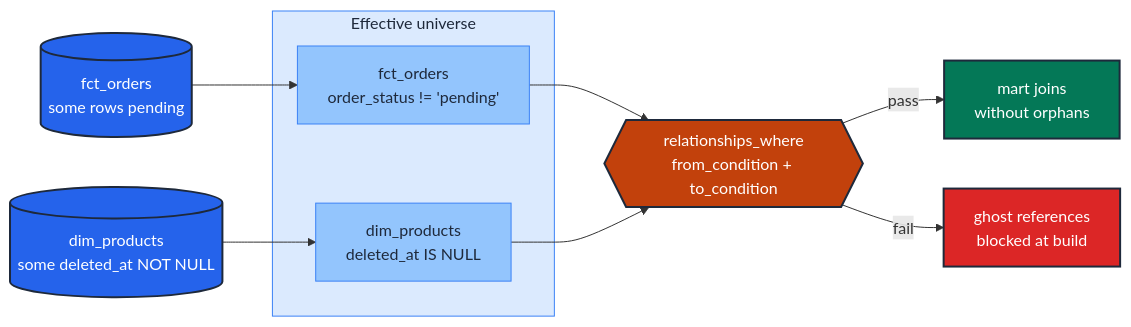
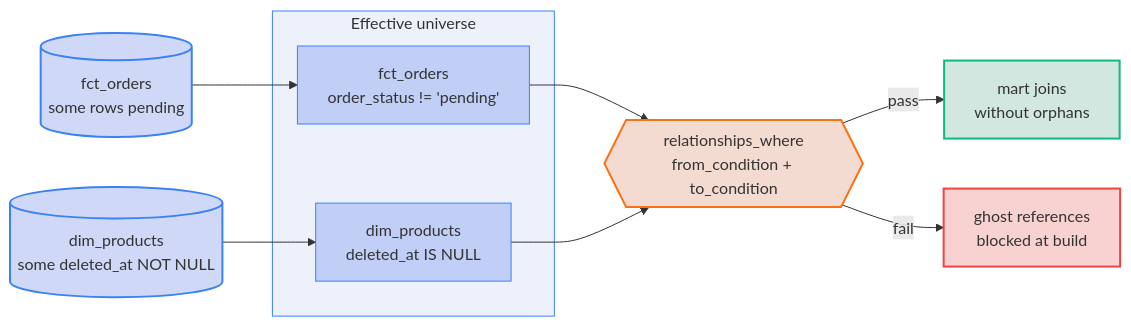
The diagram in docs/guides/testing_taxonomy/entity/EN-04-soft-delete-scoped-fk.md (neozenith/dbt-gcp-jaffleshop), drawn with Mermaid before and after one commit. The commit also changed 36 other files, not shown here.

First line of the commit message:
docs(taxonomy): rework guide entry-point + WCAG-AAA dual-theme mermaid palette (#19)

````diff
--- a/docs/guides/testing_taxonomy/entity/EN-04-soft-delete-scoped-fk.md
+++ b/docs/guides/testing_taxonomy/entity/EN-04-soft-delete-scoped-fk.md
@@ -66,27 +66,27 @@
 ```mermaid
 flowchart LR
     childSrc[("fct_orders<br/>some rows pending")]:::entityPrimary
     parentSrc[("dim_products<br/>some deleted_at NOT NULL")]:::entityPrimary
 
     subgraph filtered["Effective universe"]
         childFil["fct_orders<br/>order_status != 'pending'"]:::entitySecondary
         parentFil["dim_products<br/>deleted_at IS NULL"]:::entitySecondary
     end
 
     childSrc --> childFil
     parentSrc --> parentFil
 
     test{{"relationships_where<br/>from_condition + to_condition"}}:::gate
     childFil --> test
     parentFil --> test
     test -- pass --> ok["mart joins<br/>without orphans"]:::ok
     test -- fail --> ghost["ghost references<br/>blocked at build"]:::fail
 
     class filtered sgEntity
-    classDef entityPrimary  fill:#2563eb,stroke:#1e293b,color:#fff,stroke-width:2px
-    classDef entitySecondary fill:#93c5fd,stroke:#3b82f6,color:#1e293b,stroke-width:1px
-    classDef sgEntity       fill:#dbeafe,stroke:#3b82f6,color:#1e293b
-    classDef gate           fill:#c2410c,stroke:#1e293b,color:#fff,stroke-width:2px
-    classDef ok             fill:#047857,stroke:#1e293b,color:#fff,stroke-width:2px
-    classDef fail           fill:#dc2626,stroke:#1e293b,color:#fff,stroke-width:2px
+    classDef entityPrimary fill:#1d4ed836,stroke:#3b82f6,stroke-width:2px
+    classDef entitySecondary fill:#1d4ed836,stroke:#3b82f6,stroke-width:1px
+    classDef sgEntity fill:#1d4ed814,stroke:#3b82f6,stroke-width:1px
+    classDef gate fill:#c2410c30,stroke:#f97316,stroke-width:2px
+    classDef ok fill:#0478572e,stroke:#10b981,stroke-width:2px
+    classDef fail fill:#dc262636,stroke:#ef4444,stroke-width:2px
 ```
````
